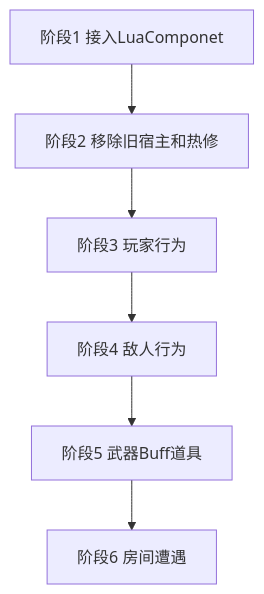
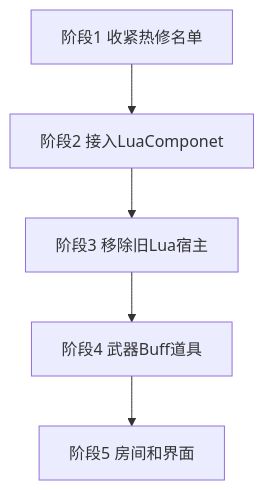
One commit to AChen1111/P_GUN changed the diagram in .agents/skills/pgun-project-context/references/lua-gameplay-rewrite-plan.md. Above: the diagram before and after it, drawn with Mermaid. The commit also changed other lines of this file and 1 other file, not shown here.

````diff
--- a/.agents/skills/pgun-project-context/references/lua-gameplay-rewrite-plan.md
+++ b/.agents/skills/pgun-project-context/references/lua-gameplay-rewrite-plan.md
@@ -18,14 +17,12 @@
 ```mermaid
 flowchart TD
-  framework[阶段1 接入LuaComponet]
-  removeOld[阶段2 移除旧宿主和热修]
-  playerLua[阶段3 玩家行为]
-  enemyLua[阶段4 敌人行为]
-  contentLua[阶段5 武器Buff道具]
-  roomLua[阶段6 房间遭遇]
+  hotfixList[阶段1 收紧热修名单]
+  framework[阶段2 接入LuaComponet]
+  removeOld[阶段3 移除旧Lua宿主]
+  contentLua[阶段4 武器Buff道具]
+  roomUi[阶段5 房间和界面]
+  hotfixList --> framework
   framework --> removeOld
-  removeOld --> playerLua
-  playerLua --> enemyLua
-  enemyLua --> contentLua
-  contentLua --> roomLua
+  removeOld --> contentLua
+  contentLua --> roomUi
 ```
````
